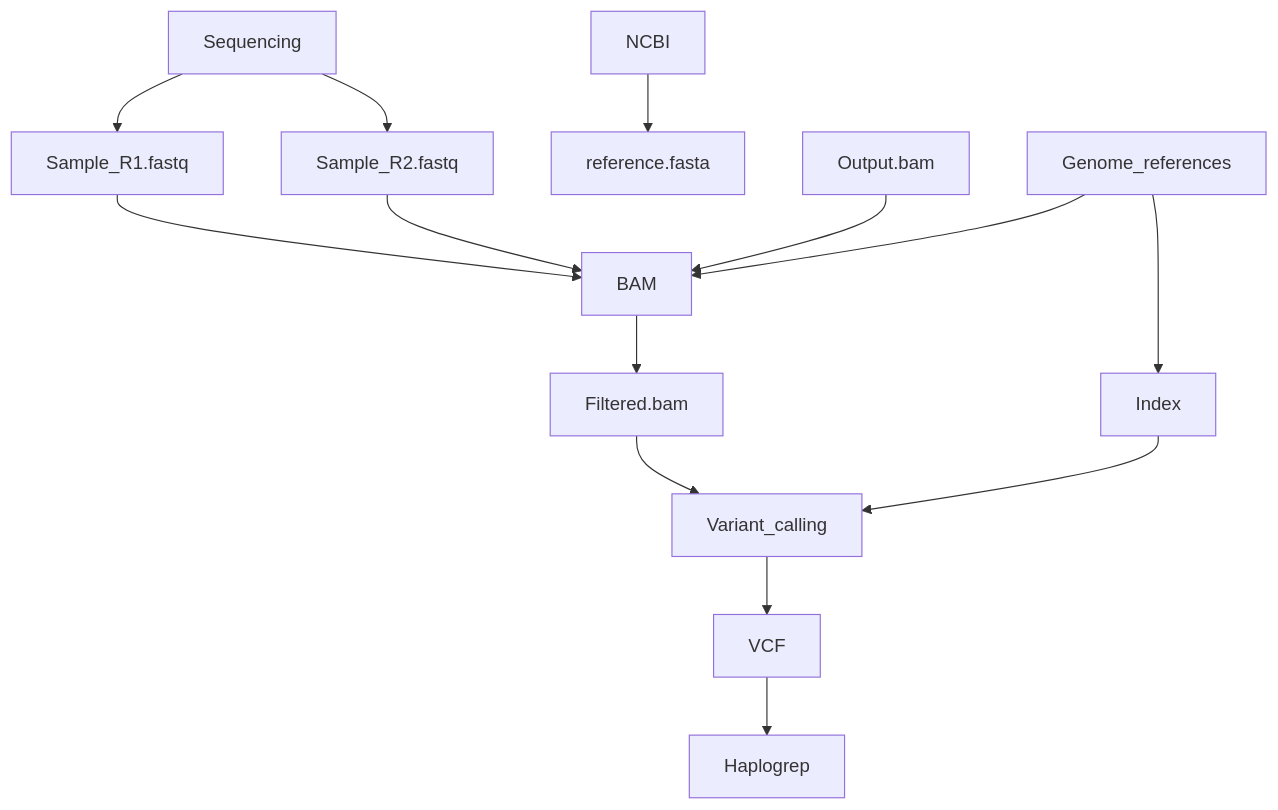
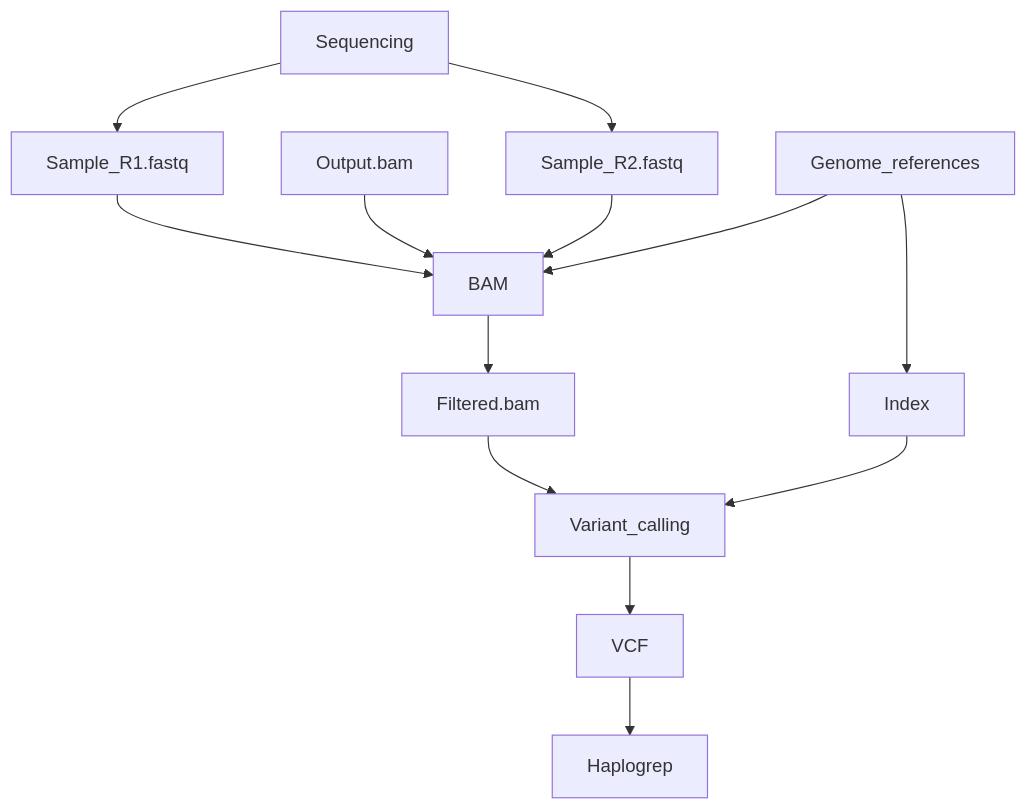
One commit to fchuffar/mitoseq changed the diagram in README.md. Above: the diagram before and after it, drawn with Mermaid.

````diff
--- a/README.md
+++ b/README.md
@@ -30,17 +30,16 @@
 ```mermaid
 graph TD;
 Sequencing-->Sample_R1.fastq;
 Sequencing-->Sample_R2.fastq;
-NCBI-->reference.fasta;
 Sample_R1.fastq-->BAM;
 Output.bam-->BAM;
 Sample_R2.fastq-->BAM;
 Genome_references-->BAM;
 Genome_references-->Index;
 BAM-->Filtered.bam;
 Filtered.bam-->Variant_calling;
 Index-->Variant_calling;
 Variant_calling-->VCF;
 VCF-->Haplogrep
 
 ```
````
